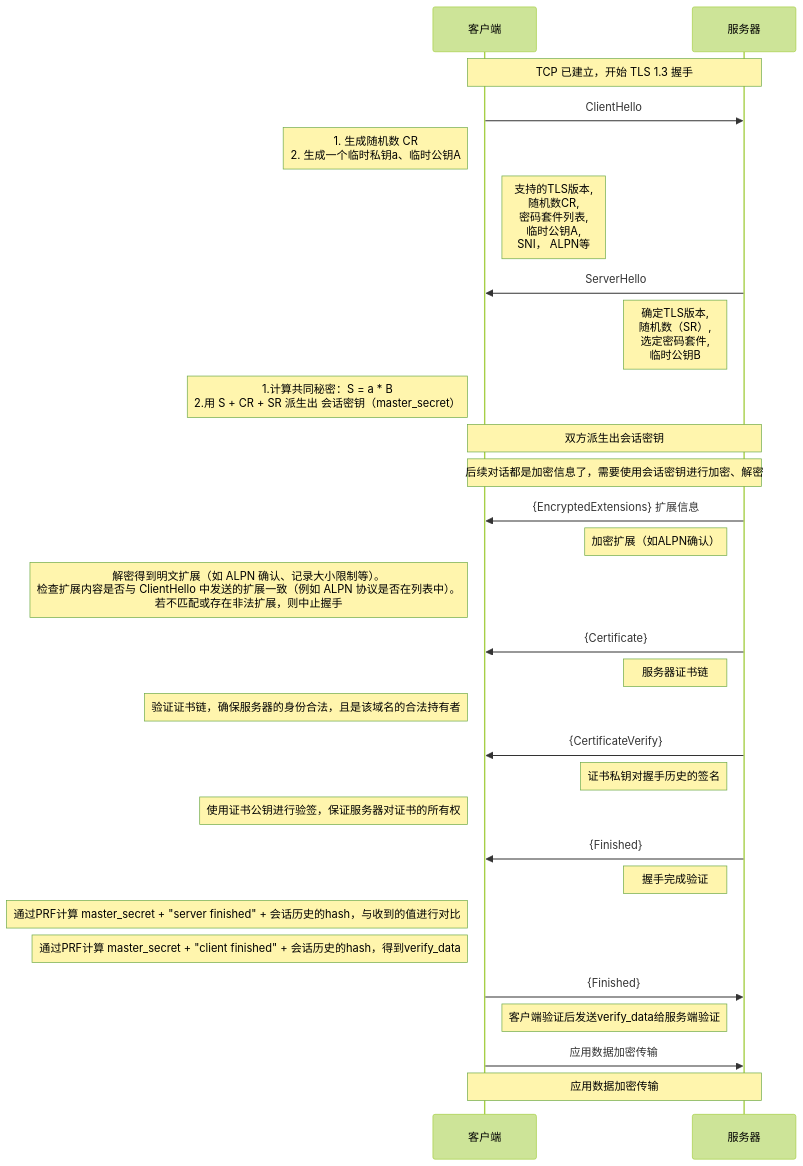
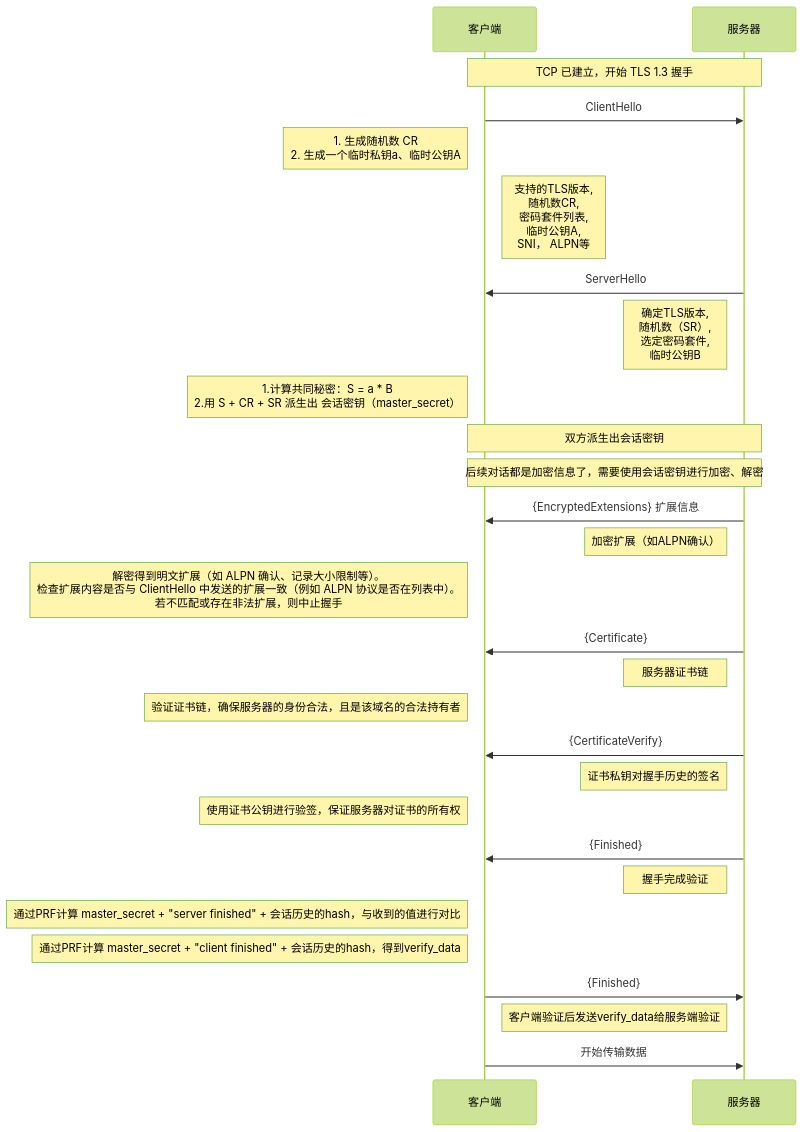
One commit to HY-10-8/iodraw-files changed the diagram in all/TLS-1.3-通用.md. Above: the diagram before and after it, drawn with Mermaid (forest theme).

Commit message:
2026-03-31 10:38:18 update

````diff
--- a/all/TLS-1.3-通用.md
+++ b/all/TLS-1.3-通用.md
@@ -1,41 +1,40 @@
 ```mermaid
 sequenceDiagram
     participant C as 客户端
     participant S as 服务器
 
     Note over C,S: TCP 已建立，开始 TLS 1.3 握手
 
     C->>S: ClientHello
     Note left of C: 1. 生成随机数 CR<br/> 2. 生成一个临时私钥a、临时公钥A
     Note right of C: 支持的TLS版本,<br/> 随机数CR,<br/> 密码套件列表,<br/> 临时公钥A,<br/> SNI， ALPN等
 
     S->>C: ServerHello
     Note left of S: 确定TLS版本, <br/>随机数（SR）,<br/> 选定密码套件, <br/>临时公钥B
     Note left of C: 1.计算共同秘密：S = a * B<br/> 2.用 S + CR + SR 派生出 会话密钥（master_secret）
 
     Note over C,S: 双方派生出会话密钥
     Note over C,S: 后续对话都是加密信息了，需要使用会话密钥进行加密、解密
 
     S->>C: {EncryptedExtensions} 扩展信息
     Note left of S: 加密扩展（如ALPN确认）
     Note left of C: 解密得到明文扩展（如 ALPN 确认、记录大小限制等）。<br/>检查扩展内容是否与 ClientHello 中发送的扩展一致（例如 ALPN 协议是否在列表中）。<br/> 若不匹配或存在非法扩展，则中止握手
 
     S->>C: {Certificate}
     Note left of S: 服务器证书链
     Note left of C: 验证证书链，确保服务器的身份合法，且是该域名的合法持有者
 
     S->>C: {CertificateVerify}
     Note left of S: 证书私钥对握手历史的签名
     Note left of C: 使用证书公钥进行验签，保证服务器对证书的所有权
 
     S->>C: {Finished}
     Note left of S: 握手完成验证
     Note left of C: 通过PRF计算 master_secret + "server finished" + 会话历史的hash，与收到的值进行对比
     Note left of C: 通过PRF计算 master_secret + "client finished" + 会话历史的hash，得到verify_data
 
     C->>S: {Finished}
     Note right of C: 客户端验证后发送verify_data给服务端验证
 
-    C->>S: 应用数据加密传输
-    Note over C,S: 应用数据加密传输
+    C->>S: 开始传输数据
 ```
````
